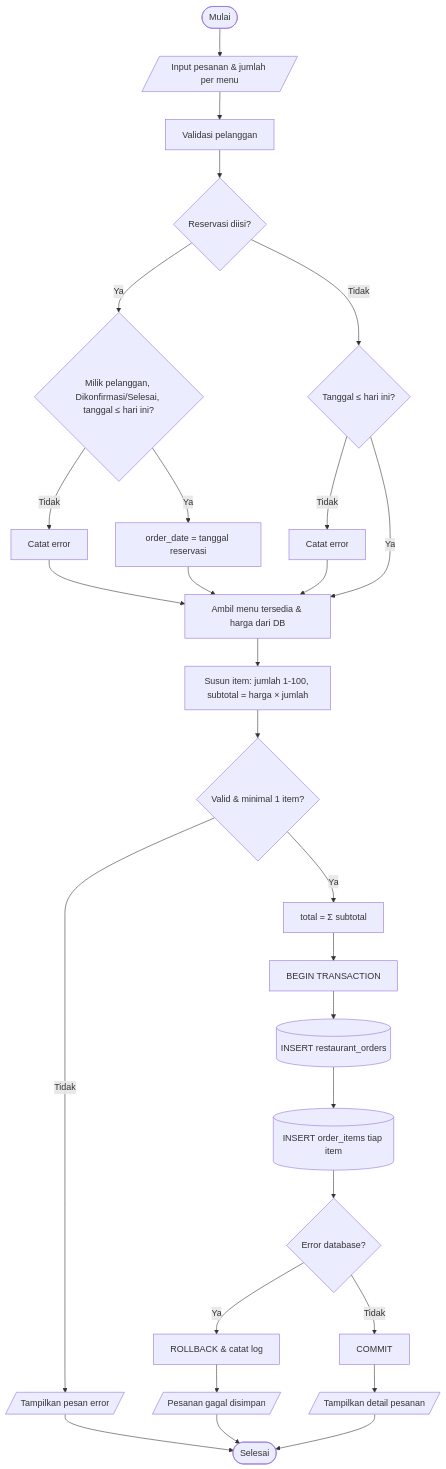
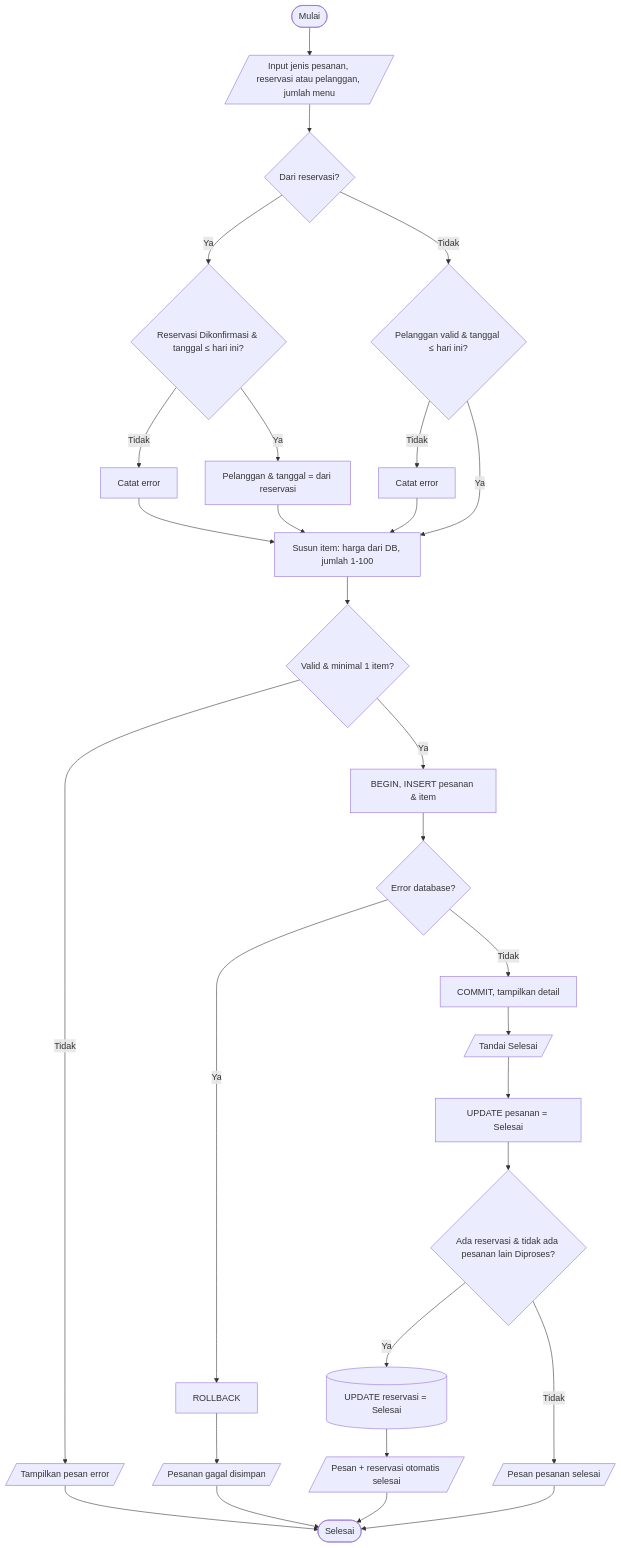
Before and after one commit to Fuentes771/LSP-Programming: the seventh of 8 diagrams in docs/PANDUAN-PEMBUATAN-DOCX.md, drawn with Mermaid. The commit also changed other lines of this file and 11 other files, not shown here.

First line of the commit message:
Rapikan alur pesanan dari reservasi dan penyelesaian otomatis

````diff
--- a/docs/PANDUAN-PEMBUATAN-DOCX.md
+++ b/docs/PANDUAN-PEMBUATAN-DOCX.md
@@ -860,24 +867,22 @@
 ```mermaid
 flowchart TD
-    A([Mulai]) --> B[/Input pesanan & jumlah per menu/]
-    B --> C[Validasi pelanggan]
-    C --> D{Reservasi diisi?}
-    D -- Ya --> D1{Milik pelanggan, Dikonfirmasi/Selesai, tanggal ≤ hari ini?}
-    D1 -- Tidak --> D2[Catat error] --> F
-    D1 -- Ya --> D3[order_date = tanggal reservasi] --> F
-    D -- Tidak --> E{Tanggal ≤ hari ini?}
-    E -- Tidak --> E1[Catat error] --> F
-    E -- Ya --> F[Ambil menu tersedia & harga dari DB]
-    F --> G[Susun item: jumlah 1-100, subtotal = harga × jumlah]
-    G --> H{Valid & minimal 1 item?}
-    H -- Tidak --> X1[/Tampilkan pesan error/] --> Z([Selesai])
-    H -- Ya --> I[total = Σ subtotal]
-    I --> J[BEGIN TRANSACTION]
-    J --> K[(INSERT restaurant_orders)]
-    K --> L[(INSERT order_items tiap item)]
-    L --> M{Error database?}
-    M -- Ya --> N[ROLLBACK & catat log] --> X2[/Pesanan gagal disimpan/] --> Z
-    M -- Tidak --> O[COMMIT]
-    O --> P[/Tampilkan detail pesanan/]
-    P --> Z
+    A([Mulai]) --> B[/Input jenis pesanan, reservasi atau pelanggan, jumlah menu/]
+    B --> C{Dari reservasi?}
+    C -- Ya --> C1{Reservasi Dikonfirmasi & tanggal ≤ hari ini?}
+    C1 -- Tidak --> E1[Catat error] --> F
+    C1 -- Ya --> C2[Pelanggan & tanggal = dari reservasi] --> F
+    C -- Tidak --> D{Pelanggan valid & tanggal ≤ hari ini?}
+    D -- Tidak --> E2[Catat error] --> F
+    D -- Ya --> F[Susun item: harga dari DB, jumlah 1-100]
+    F --> G{Valid & minimal 1 item?}
+    G -- Tidak --> X1[/Tampilkan pesan error/] --> Z([Selesai])
+    G -- Ya --> H[BEGIN, INSERT pesanan & item]
+    H --> I{Error database?}
+    I -- Ya --> J[ROLLBACK] --> X2[/Pesanan gagal disimpan/] --> Z
+    I -- Tidak --> K[COMMIT, tampilkan detail]
+    K --> L[/Tandai Selesai/]
+    L --> M[UPDATE pesanan = Selesai]
+    M --> N{Ada reservasi & tidak ada pesanan lain Diproses?}
+    N -- Ya --> O[(UPDATE reservasi = Selesai)] --> P[/Pesan + reservasi otomatis selesai/] --> Z
+    N -- Tidak --> P2[/Pesan pesanan selesai/] --> Z
 ```
````
